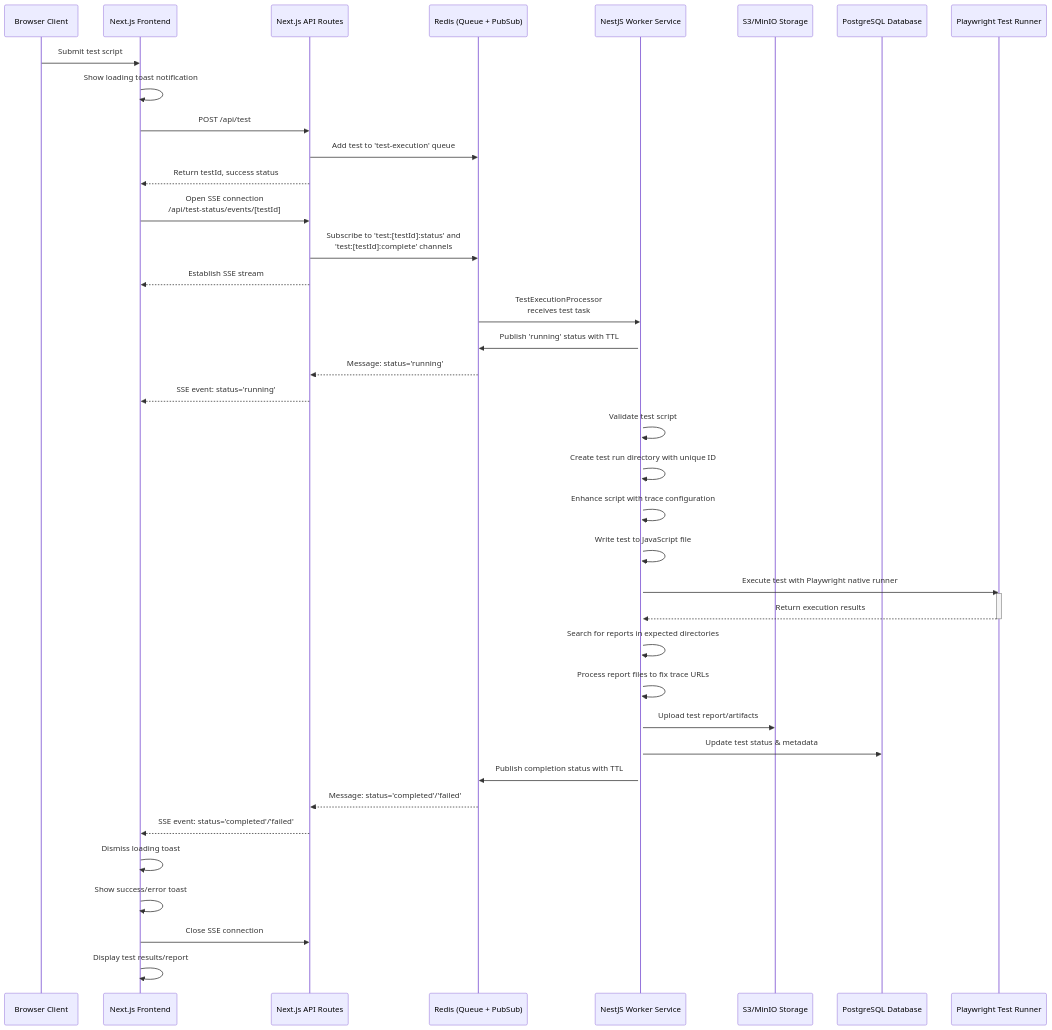
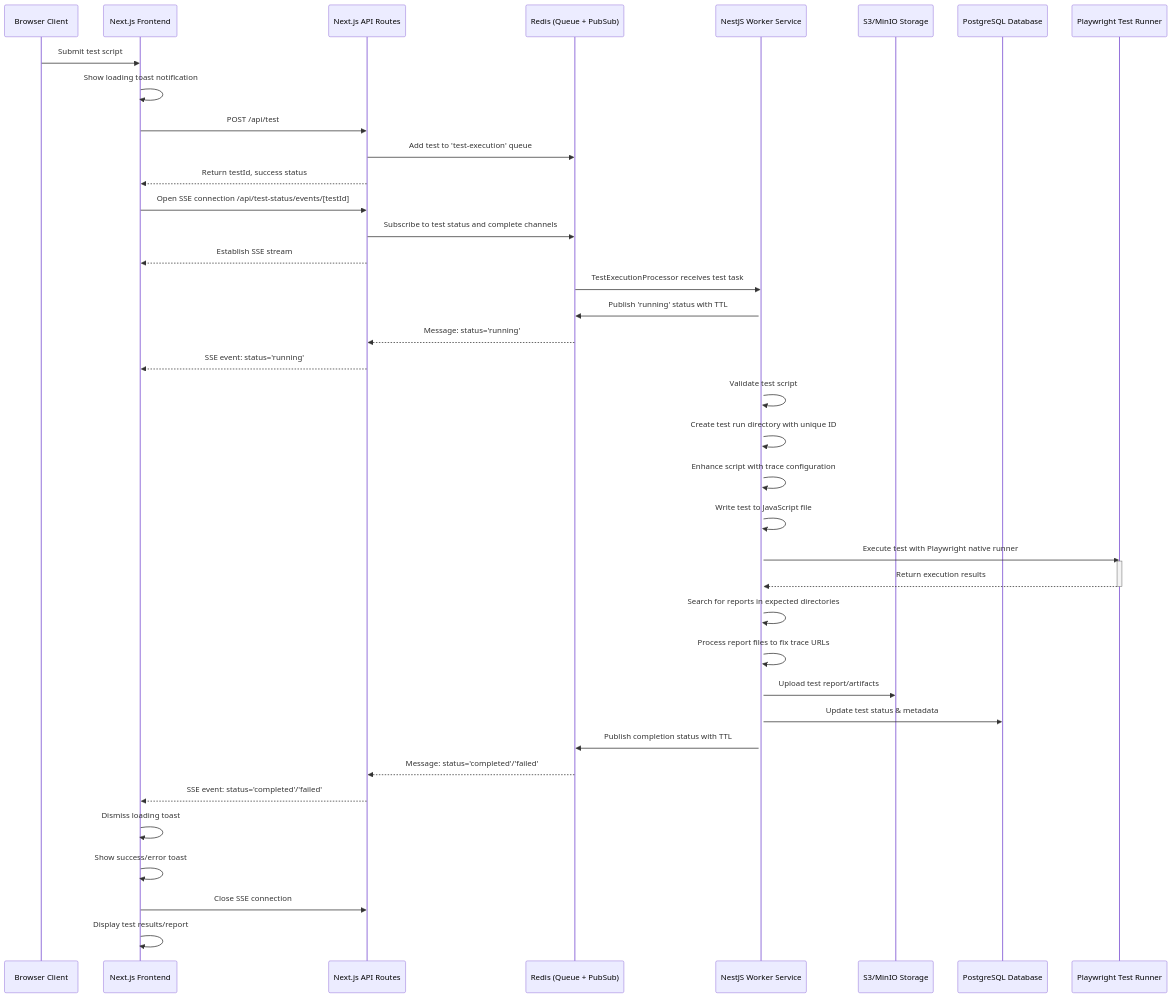
Before and after one commit to supercheck-io/supercheck-core: the second of 2 diagrams in specs/TEST_EXECUTION_AND_JOB_QUEUE_FLOW.md, drawn with Mermaid. The commit also changed other lines of this file and 2 other files, not shown here.

Commit message:
Enhance documentation for Supercheck platform, including a comprehensive overview, updated architecture diagrams, and detailed descriptions of core features and user workflows

````diff
--- a/specs/TEST_EXECUTION_AND_JOB_QUEUE_FLOW.md
+++ b/specs/TEST_EXECUTION_AND_JOB_QUEUE_FLOW.md
@@ -73,51 +73,51 @@
 ```mermaid
 sequenceDiagram
     participant Client as Browser Client
     participant NextFE as Next.js Frontend
     participant NextAPI as Next.js API Routes
     participant Redis as Redis (Queue + PubSub)
     participant NestJS as NestJS Worker Service
     participant S3 as S3/MinIO Storage
     participant DB as PostgreSQL Database
     participant PW as Playwright Test Runner
 
     %% Individual Test Execution Flow (e.g., Playground)
     Client->>NextFE: Submit test script
     NextFE->>NextFE: Show loading toast notification
     NextFE->>NextAPI: POST /api/test
     NextAPI->>Redis: Add test to 'test-execution' queue
     NextAPI-->>NextFE: Return testId, success status
-    NextFE->>NextAPI: Open SSE connection<br>/api/test-status/events/[testId]
-    NextAPI->>Redis: Subscribe to 'test:[testId]:status' and<br>'test:[testId]:complete' channels
+    NextFE->>NextAPI: Open SSE connection /api/test-status/events/[testId]
+    NextAPI->>Redis: Subscribe to test status and complete channels
     NextAPI-->>NextFE: Establish SSE stream
 
     %% Worker picks up test from queue
-    Redis->>NestJS: TestExecutionProcessor<br>receives test task
+    Redis->>NestJS: TestExecutionProcessor receives test task
     activate NestJS
     NestJS->>Redis: Publish 'running' status with TTL
     Redis-->>NextAPI: Message: status='running'
     NextAPI-->>NextFE: SSE event: status='running'
     
     %% Test execution process
     NestJS->>NestJS: Validate test script
     NestJS->>NestJS: Create test run directory with unique ID
     NestJS->>NestJS: Enhance script with trace configuration
     NestJS->>NestJS: Write test to JavaScript file
     NestJS->>PW: Execute test with Playwright native runner
     activate PW
     PW-->>NestJS: Return execution results
     deactivate PW
     
     %% Handling test results
     NestJS->>NestJS: Search for reports in expected directories
     NestJS->>NestJS: Process report files to fix trace URLs
     NestJS->>S3: Upload test report/artifacts
     NestJS->>DB: Update test status & metadata
     NestJS->>Redis: Publish completion status with TTL
     Redis-->>NextAPI: Message: status='completed'/'failed'
     NextAPI-->>NextFE: SSE event: status='completed'/'failed'
     NextFE->>NextFE: Dismiss loading toast
     NextFE->>NextFE: Show success/error toast
     NextFE->>NextAPI: Close SSE connection
     NextFE->>NextFE: Display test results/report
 ```
````
